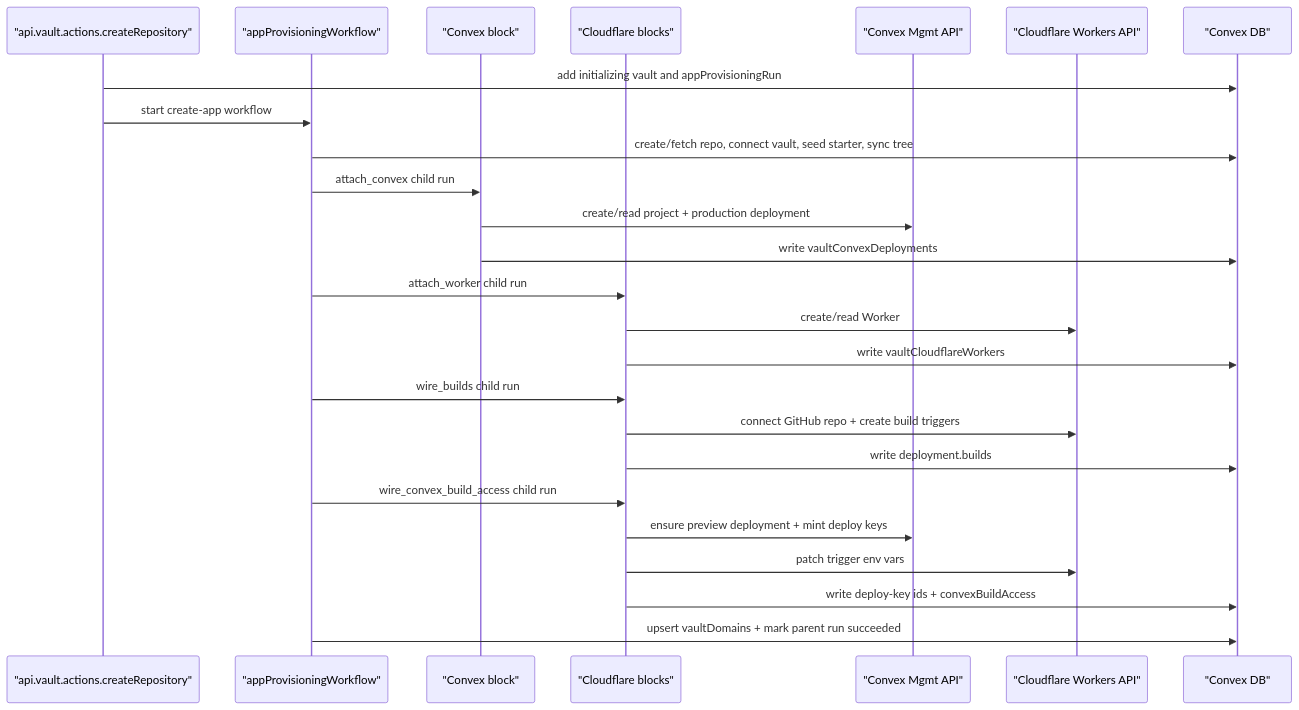
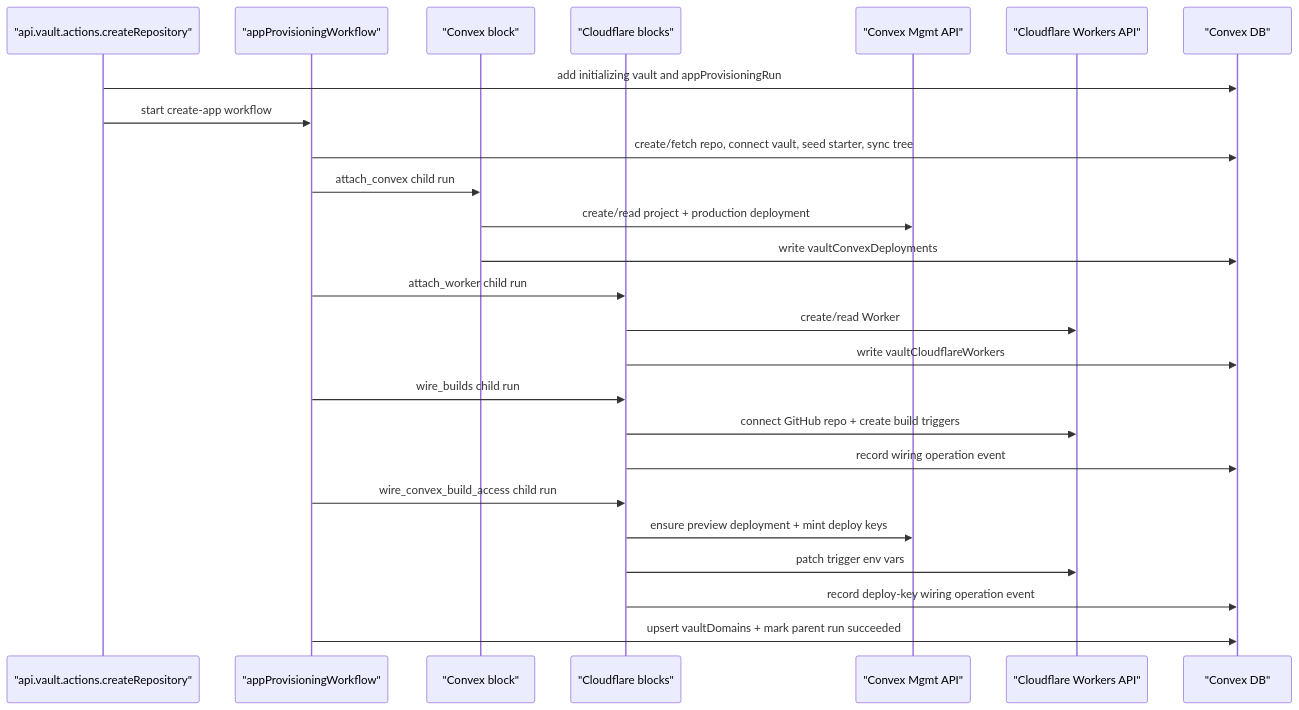
One commit to samebase/samebase changed the diagram in specs/003_VAULT_INFRA_PROVISIONING_SPEC.md. Above: the diagram before and after it, drawn with Mermaid. The commit also changed other lines of this file and 72 other files, not shown here.

````diff
--- a/specs/003_VAULT_INFRA_PROVISIONING_SPEC.md
+++ b/specs/003_VAULT_INFRA_PROVISIONING_SPEC.md
@@ -203,28 +215,28 @@
 ```mermaid
 sequenceDiagram
   participant VA as "api.vault.actions.createRepository"
   participant WF as "appProvisioningWorkflow"
   participant CVXB as "Convex block"
   participant CFB as "Cloudflare blocks"
   participant CVX as "Convex Mgmt API"
   participant CFL as "Cloudflare Workers API"
   participant DB as "Convex DB"
 
   VA->>DB: add initializing vault and appProvisioningRun
   VA->>WF: start create-app workflow
   WF->>DB: create/fetch repo, connect vault, seed starter, sync tree
   WF->>CVXB: attach_convex child run
   CVXB->>CVX: create/read project + production deployment
   CVXB->>DB: write vaultConvexDeployments
   WF->>CFB: attach_worker child run
   CFB->>CFL: create/read Worker
   CFB->>DB: write vaultCloudflareWorkers
   WF->>CFB: wire_builds child run
   CFB->>CFL: connect GitHub repo + create build triggers
-  CFB->>DB: write deployment.builds
+  CFB->>DB: record wiring operation event
   WF->>CFB: wire_convex_build_access child run
   CFB->>CVX: ensure preview deployment + mint deploy keys
   CFB->>CFL: patch trigger env vars
-  CFB->>DB: write deploy-key ids + convexBuildAccess
+  CFB->>DB: record deploy-key wiring operation event
   WF->>DB: upsert vaultDomains + mark parent run succeeded
 ```
````
